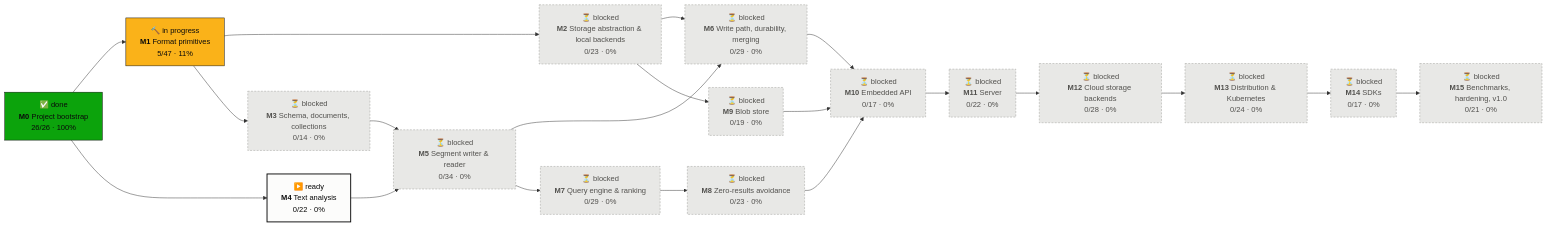
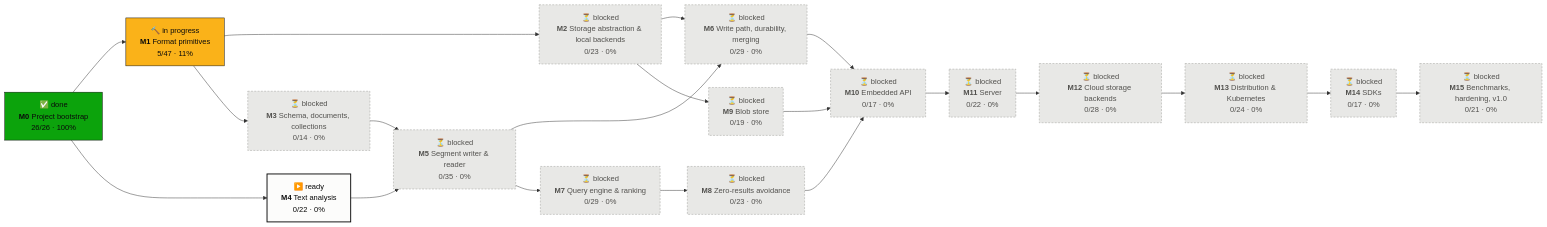
One commit to tomiok/persiaDB changed the first of 2 diagrams in PROGRESS.md. Above: the diagram before and after it, drawn with Mermaid. The commit also changed other lines of this file and 5 other files, not shown here.

First line of the commit message:
chore(format): deny clippy::arithmetic_side_effects in persia-format (ROADMAP 1.1.5)

````diff
--- a/PROGRESS.md
+++ b/PROGRESS.md
@@ -14,42 +14,42 @@
 ```mermaid
 flowchart LR
   M0["✅ done<br/><b>M0</b> Project bootstrap<br/>26/26 · 100%"]:::done
   M1["🔨 in progress<br/><b>M1</b> Format primitives<br/>5/47 · 11%"]:::doing
   M2["⏳ blocked<br/><b>M2</b> Storage abstraction & local backends<br/>0/23 · 0%"]:::blocked
   M3["⏳ blocked<br/><b>M3</b> Schema, documents, collections<br/>0/14 · 0%"]:::blocked
   M4["▶️ ready<br/><b>M4</b> Text analysis<br/>0/22 · 0%"]:::ready
-  M5["⏳ blocked<br/><b>M5</b> Segment writer & reader<br/>0/34 · 0%"]:::blocked
+  M5["⏳ blocked<br/><b>M5</b> Segment writer & reader<br/>0/35 · 0%"]:::blocked
   M6["⏳ blocked<br/><b>M6</b> Write path, durability, merging<br/>0/29 · 0%"]:::blocked
   M7["⏳ blocked<br/><b>M7</b> Query engine & ranking<br/>0/29 · 0%"]:::blocked
   M8["⏳ blocked<br/><b>M8</b> Zero-results avoidance<br/>0/23 · 0%"]:::blocked
   M9["⏳ blocked<br/><b>M9</b> Blob store<br/>0/19 · 0%"]:::blocked
   M10["⏳ blocked<br/><b>M10</b> Embedded API<br/>0/17 · 0%"]:::blocked
   M11["⏳ blocked<br/><b>M11</b> Server<br/>0/22 · 0%"]:::blocked
   M12["⏳ blocked<br/><b>M12</b> Cloud storage backends<br/>0/28 · 0%"]:::blocked
   M13["⏳ blocked<br/><b>M13</b> Distribution & Kubernetes<br/>0/24 · 0%"]:::blocked
   M14["⏳ blocked<br/><b>M14</b> SDKs<br/>0/17 · 0%"]:::blocked
   M15["⏳ blocked<br/><b>M15</b> Benchmarks, hardening, v1.0<br/>0/21 · 0%"]:::blocked
   M0 --> M1
   M1 --> M2
   M1 --> M3
   M0 --> M4
   M3 --> M5
   M4 --> M5
   M2 --> M6
   M5 --> M6
   M5 --> M7
   M7 --> M8
   M2 --> M9
   M6 --> M10
   M8 --> M10
   M9 --> M10
   M10 --> M11
   M11 --> M12
   M12 --> M13
   M13 --> M14
   M14 --> M15
   classDef done fill:#0ca30c,stroke:#0b0b0b,color:#0b0b0b
   classDef doing fill:#fab219,stroke:#0b0b0b,color:#0b0b0b
   classDef ready fill:#fcfcfb,stroke:#0b0b0b,stroke-width:2px,color:#0b0b0b
   classDef blocked fill:#e8e8e6,stroke:#9a9a96,stroke-dasharray:4 3,color:#52514e
 ```
````
